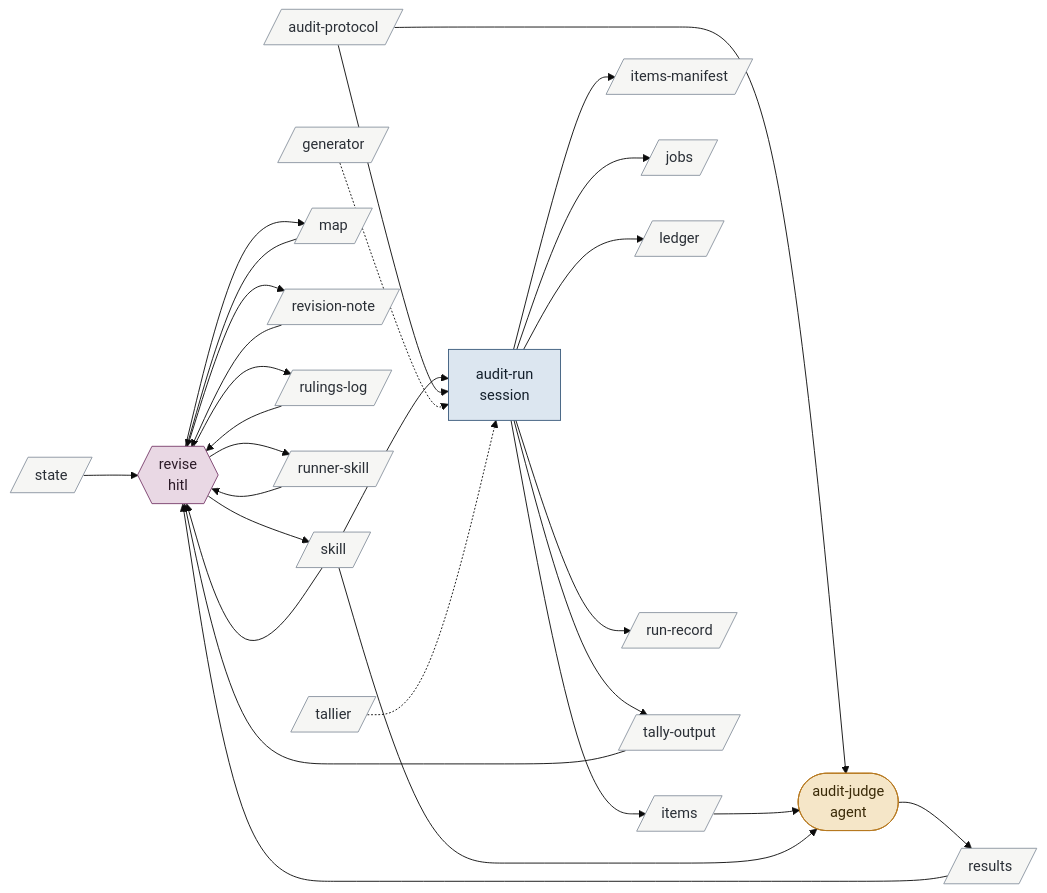
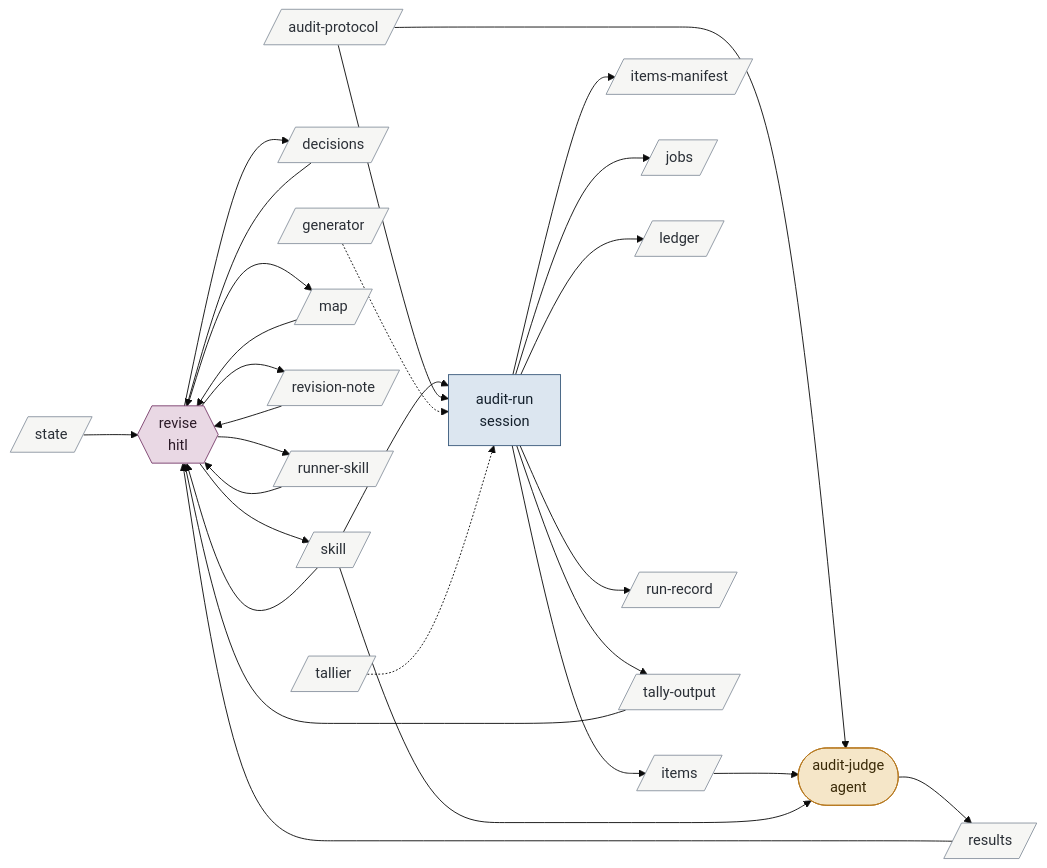
One commit to bc414/StoryPlanner changed diagram 14 of 15 in .claude/skills/v3-buildout-2/map.md. Above: the diagram before and after it, drawn with Mermaid (base theme). The commit also changed other lines of this file and 7 other files, not shown here.

````diff
--- a/.claude/skills/v3-buildout-2/map.md
+++ b/.claude/skills/v3-buildout-2/map.md
@@ -622,56 +622,56 @@
 ```mermaid
 flowchart LR
   classDef hitl fill:#e9d8e4,stroke:#7a3e6d,color:#2b1a27
   classDef session fill:#dce6f0,stroke:#3b5b7c,color:#14202c
   classDef agent fill:#f5e6c8,stroke:#b7791f,color:#3a2a08
   classDef artifact fill:#f6f6f4,stroke:#8a94a0,color:#2a2f36
   classDef activity fill:#dcebdd,stroke:#4b7f52,color:#122816
   classDef terminus fill:#e4e4ea,stroke:#5b5b7a,color:#1c1c2c
   revise{{"revise<br/>hitl"}}:::hitl
   auditrun["audit-run<br/>session"]:::session
   auditjudge(["audit-judge<br/>agent"]):::agent
   auditprotocol[/"audit-protocol"/]:::artifact
+  decisions[/"decisions"/]:::artifact
   generator[/"generator"/]:::artifact
   items[/"items"/]:::artifact
   itemsmanifest[/"items-manifest"/]:::artifact
   jobs[/"jobs"/]:::artifact
   ledger[/"ledger"/]:::artifact
   map[/"map"/]:::artifact
   results[/"results"/]:::artifact
   revisionnote[/"revision-note"/]:::artifact
-  rulingslog[/"rulings-log"/]:::artifact
   runrecord[/"run-record"/]:::artifact
   runnerskill[/"runner-skill"/]:::artifact
   skill[/"skill"/]:::artifact
   state[/"state"/]:::artifact
   tallier[/"tallier"/]:::artifact
   tallyoutput[/"tally-output"/]:::artifact
 
   skill --> revise
   runnerskill --> revise
   map --> revise
   state --> revise
   revisionnote --> revise
-  rulingslog --> revise
+  decisions --> revise
   results --> revise
   tallyoutput --> revise
   revise --> skill
   revise --> runnerskill
-  revise --> rulingslog
+  revise --> decisions
   revise --> revisionnote
   revise --> map
   skill --> auditrun
   auditprotocol --> auditrun
   generator -.-> auditrun
   tallier -.-> auditrun
   auditrun --> items
   auditrun --> itemsmanifest
   auditrun --> jobs
   auditrun --> ledger
   auditrun --> runrecord
   auditrun --> tallyoutput
   auditprotocol --> auditjudge
   items --> auditjudge
   skill --> auditjudge
   auditjudge --> results
 ```
````
